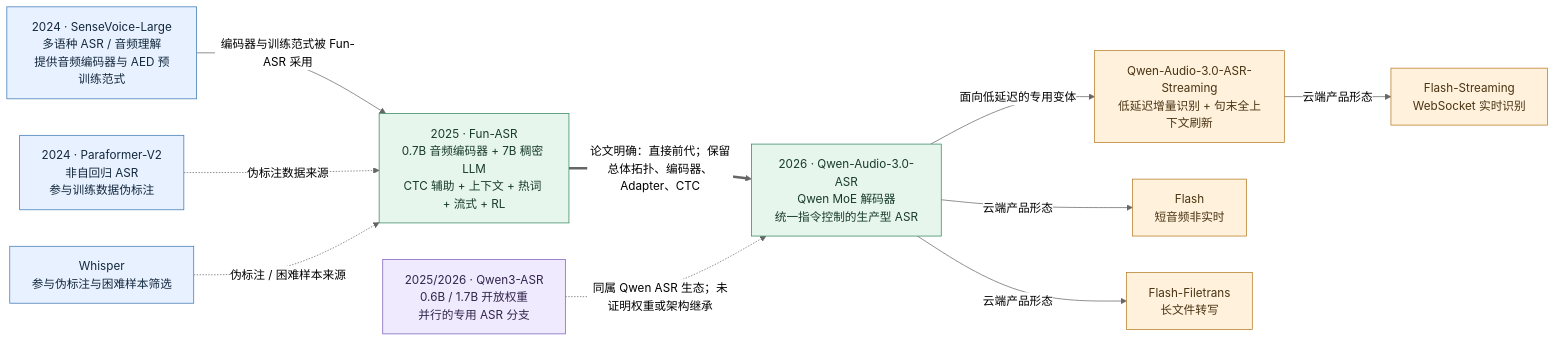
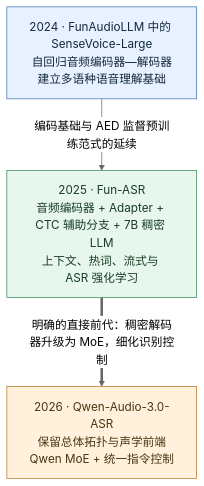
One commit to WZLHQ/Awesome-Reading-Notes changed the first of 3 diagrams in speech_interaction/Qwen-Audio-3.0-ASR模型发展脉络.md. Above: the diagram before and after it, drawn with Mermaid (neutral theme). The commit also changed other lines of this file and 1 other file, not shown here.

````diff
--- a/speech_interaction/Qwen-Audio-3.0-ASR模型发展脉络.md
+++ b/speech_interaction/Qwen-Audio-3.0-ASR模型发展脉络.md
@@ -16,32 +11,14 @@
 ```mermaid
-flowchart LR
-    SV["2024 · SenseVoice-Large<br/>多语种 ASR / 音频理解<br/>提供音频编码器与 AED 预训练范式"]
-    PF["2024 · Paraformer-V2<br/>非自回归 ASR<br/>参与训练数据伪标注"]
-    W["Whisper<br/>参与伪标注与困难样本筛选"]
-    FUN["2025 · Fun-ASR<br/>0.7B 音频编码器 + 7B 稠密 LLM<br/>CTC 辅助 + 上下文 + 热词 + 流式 + RL"]
-    Q3["2025/2026 · Qwen3-ASR<br/>0.6B / 1.7B 开放权重<br/>并行的专用 ASR 分支"]
-    QA["2026 · Qwen-Audio-3.0-ASR<br/>Qwen MoE 解码器<br/>统一指令控制的生产型 ASR"]
-    STREAM["Qwen-Audio-3.0-ASR-Streaming<br/>低延迟增量识别 + 句末全上下文刷新"]
-    API1["Flash<br/>短音频非实时"]
-    API2["Flash-Filetrans<br/>长文件转写"]
-    API3["Flash-Streaming<br/>WebSocket 实时识别"]
-
-    SV -->|"编码器与训练范式被 Fun-ASR 采用"| FUN
-    PF -.->|"伪标注数据来源"| FUN
-    W -.->|"伪标注 / 困难样本来源"| FUN
-    FUN ==>|"论文明确：直接前代；保留总体拓扑、编码器、Adapter、CTC"| QA
-    QA -->|"面向低延迟的专用变体"| STREAM
-    QA -->|"云端产品形态"| API1
-    QA -->|"云端产品形态"| API2
-    STREAM -->|"云端产品形态"| API3
-    Q3 -.->|"同属 Qwen ASR 生态；未证明权重或架构继承"| QA
-
-    classDef base fill:#e8f1ff,stroke:#3b78b5,color:#13283d;
-    classDef main fill:#e7f6ed,stroke:#32845b,color:#173b29;
-    classDef product fill:#fff1dc,stroke:#b57b23,color:#4a3412;
-    classDef parallel fill:#f0eaff,stroke:#7b5bbb,color:#31244b;
-    class SV,PF,W base;
-    class FUN,QA main;
-    class STREAM,API1,API2,API3 product;
-    class Q3 parallel;
+flowchart TB
+    A["2024 · FunAudioLLM 中的 SenseVoice-Large<br/>自回归音频编码器—解码器<br/>建立多语种语音理解基础"]
+    B["2025 · Fun-ASR<br/>音频编码器 + Adapter + CTC 辅助分支 + 7B 稠密 LLM<br/>上下文、热词、流式与 ASR 强化学习"]
+    C["2026 · Qwen-Audio-3.0-ASR<br/>保留总体拓扑与声学前端<br/>Qwen MoE + 统一指令控制"]
+    A -->|"编码基础与 AED 监督预训练范式的延续"| B
+    B ==>|"明确的直接前代：稠密解码器升级为 MoE，细化识别控制"| C
+    classDef foundation fill:#e8f1ff,stroke:#3b78b5,color:#13283d;
+    classDef predecessor fill:#e8f7ee,stroke:#368b5b,color:#173b25;
+    classDef target fill:#fff1dc,stroke:#b57b23,color:#4a3412;
+    class A foundation;
+    class B predecessor;
+    class C target;
 ```
````
